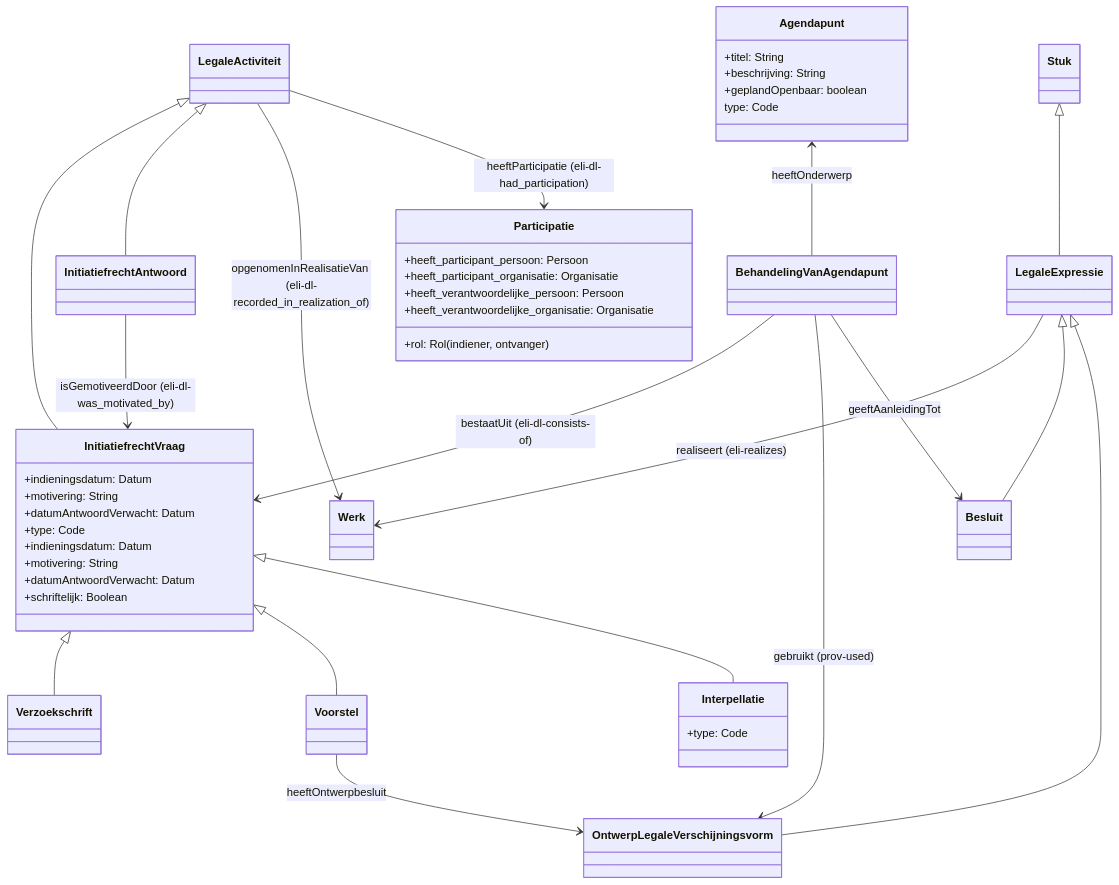
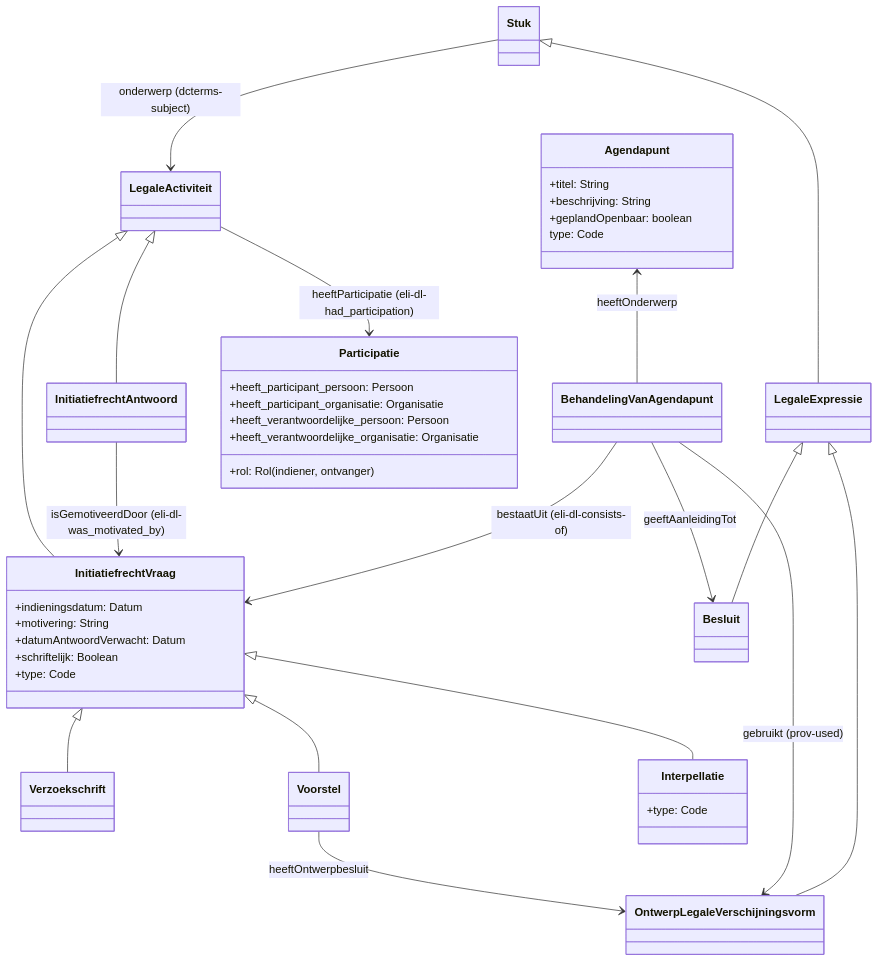
Before and after one commit to Informatievlaanderen/OSLOthema-slimmeRaadpleegOmgeving: diagram 12 of 12 in README.md, drawn with Mermaid.

````diff
--- a/README.md
+++ b/README.md
@@ -445,53 +445,47 @@
 ```mermaid
 classDiagram
     Agendapunt <-- BehandelingVanAgendapunt: heeftOnderwerp
     LegaleActiviteit <|-- InitiatiefrechtVraag
     LegaleActiviteit <|-- InitiatiefrechtAntwoord
     InitiatiefrechtAntwoord --> InitiatiefrechtVraag : isGemotiveerdDoor (eli-dl-was_motivated_by)
     BehandelingVanAgendapunt --> InitiatiefrechtVraag: bestaatUit (eli-dl-consists-of)
     InitiatiefrechtVraag <|-- Verzoekschrift
     InitiatiefrechtVraag <|-- Voorstel
     InitiatiefrechtVraag <|-- Interpellatie
 
-    LegaleActiviteit --> Werk: opgenomenInRealisatieVan (eli-dl-recorded_in_realization_of)
-    LegaleExpressie --> Werk: realiseert (eli-realizes)
+    Stuk --> LegaleActiviteit: onderwerp (dcterms-subject)
 
     Voorstel --> OntwerpLegaleVerschijningsvorm: heeftOntwerpbesluit
     LegaleActiviteit --> Participatie: heeftParticipatie (eli-dl-had_participation)
     BehandelingVanAgendapunt --> OntwerpLegaleVerschijningsvorm: gebruikt (prov-used)
     BehandelingVanAgendapunt --> Besluit: geeftAanleidingTot
     Stuk <|-- LegaleExpressie
     LegaleExpressie <|-- Besluit 
     LegaleExpressie <|-- OntwerpLegaleVerschijningsvorm
 
     class Agendapunt {
       +titel: String
       +beschrijving: String
       +geplandOpenbaar: boolean
       type: Code
     }
     class InitiatiefrechtVraag {
       +indieningsdatum: Datum
       +motivering: String
       +datumAntwoordVerwacht: Datum
+      +schriftelijk: Boolean
       +type: Code
-    }
-    class InitiatiefrechtVraag {
-      +indieningsdatum: Datum
-      +motivering: String
-      +datumAntwoordVerwacht: Datum
-      +schriftelijk: Boolean
     }
     class Participatie {
       +heeft_participant_persoon: Persoon
       +heeft_participant_organisatie: Organisatie
       +rol: Rol (indiener, ontvanger)
       +heeft_verantwoordelijke_persoon: Persoon
      +heeft_verantwoordelijke_organisatie: Organisatie
     }
 
     class Interpellatie {
       +type: Code
     }
   
 ```
````
